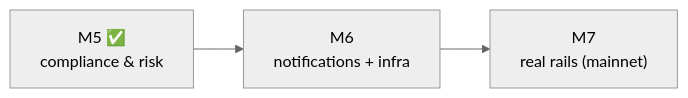
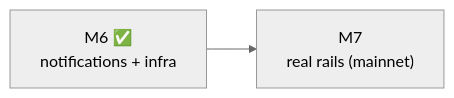
Before and after one commit to unabrijed/frenspay: the diagram in monorepo/docs/13-future-milestones.md, drawn with Mermaid (neutral theme). The commit also changed other lines of this file and 9 other files, not shown here.

First line of the commit message:
docs: M6 ✅ + new 14-notifications-and-infra; regenerate PDF

````diff
--- a/monorepo/docs/13-future-milestones.md
+++ b/monorepo/docs/13-future-milestones.md
@@ -9,5 +7,4 @@
 ```mermaid
 flowchart LR
-    M5["M5 ✅<br/>compliance & risk"] --> M6["M6<br/>notifications + infra"]
-    M6 --> M7["M7<br/>real rails (mainnet)"]
+    M6["M6 ✅<br/>notifications + infra"] --> M7["M7<br/>real rails (mainnet)"]
 ```
````
